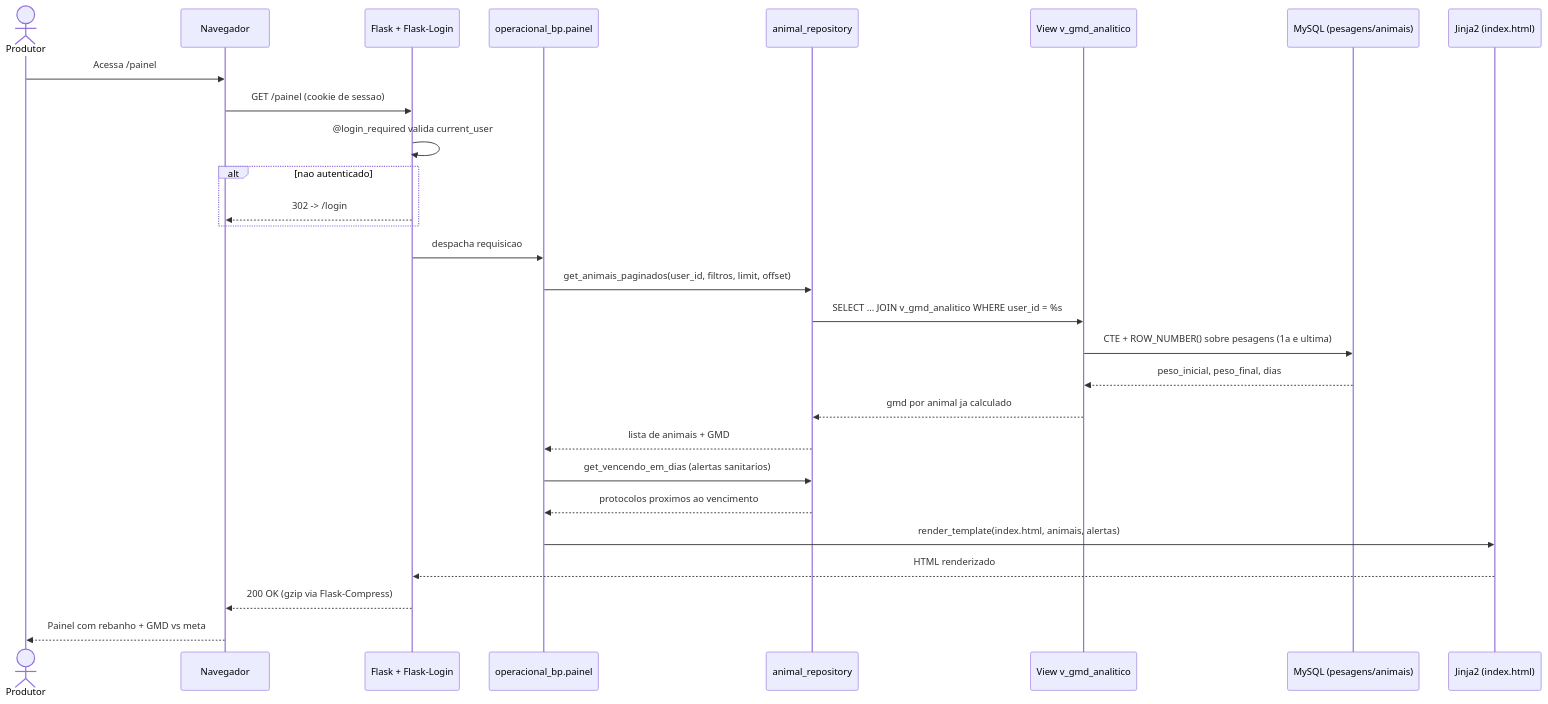
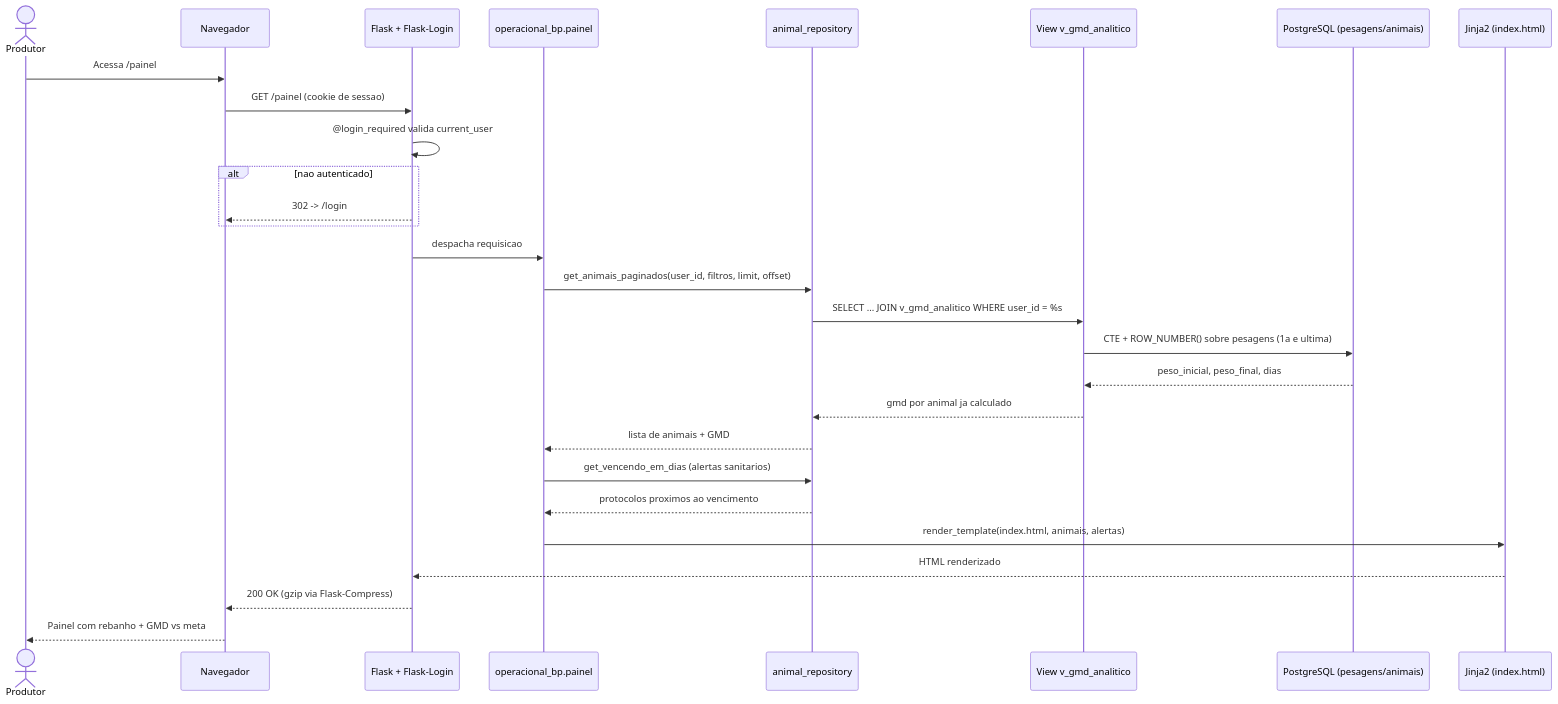
The third of 3 diagrams in DOCUMENTATION.md (Dom1ng0s/sistema_gado), drawn with Mermaid before and after one commit. The commit also changed other lines of this file and 6 other files, not shown here.

First line of the commit message:
feat(#115): deploy config + docs + demo scripts para PostgreSQL

````diff
--- a/DOCUMENTATION.md
+++ b/DOCUMENTATION.md
@@ -205,31 +205,31 @@
 ```mermaid
 sequenceDiagram
     actor U as Produtor
     participant B as Navegador
     participant F as Flask + Flask-Login
     participant BP as operacional_bp.painel
     participant R as animal_repository
     participant V as View v_gmd_analitico
-    participant DB as MySQL (pesagens/animais)
+    participant DB as PostgreSQL (pesagens/animais)
     participant T as Jinja2 (index.html)
 
     U->>B: Acessa /painel
     B->>F: GET /painel (cookie de sessao)
     F->>F: @login_required valida current_user
     alt nao autenticado
         F-->>B: 302 -> /login
     end
     F->>BP: despacha requisicao
     BP->>R: get_animais_paginados(user_id, filtros, limit, offset)
     R->>V: SELECT ... JOIN v_gmd_analitico WHERE user_id = %s
     V->>DB: CTE + ROW_NUMBER() sobre pesagens (1a e ultima)
     DB-->>V: peso_inicial, peso_final, dias
     V-->>R: gmd por animal ja calculado
     R-->>BP: lista de animais + GMD
     BP->>R: get_vencendo_em_dias (alertas sanitarios)
     R-->>BP: protocolos proximos ao vencimento
     BP->>T: render_template(index.html, animais, alertas)
     T-->>F: HTML renderizado
     F-->>B: 200 OK (gzip via Flask-Compress)
     B-->>U: Painel com rebanho + GMD vs meta
 ```
````
